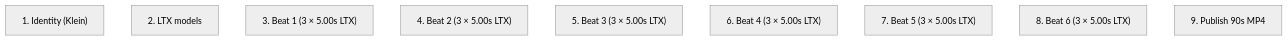
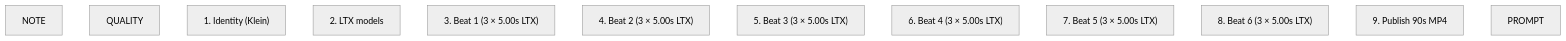
One commit to toxicoder/ez-comfy-stack changed the diagram in docs/generated/workflows/films/breakwater/act-01.md. Above: the diagram before and after it, drawn with Mermaid (neutral theme). The commit also changed other lines of this file and 1088 other files, not shown here.

````diff
--- a/docs/generated/workflows/films/breakwater/act-01.md
+++ b/docs/generated/workflows/films/breakwater/act-01.md
@@ -64,12 +64,15 @@
 ```mermaid
 flowchart TB
+  GNOTE["NOTE"]
+  GQUALITY["QUALITY"]
   G1__Identity__Klein_["1. Identity (Klein)"]
   G2__LTX_models["2. LTX models"]
   G3__Beat_1__3___5_00s_LTX_["3. Beat 1 (3 × 5.00s LTX)"]
   G4__Beat_2__3___5_00s_LTX_["4. Beat 2 (3 × 5.00s LTX)"]
   G5__Beat_3__3___5_00s_LTX_["5. Beat 3 (3 × 5.00s LTX)"]
   G6__Beat_4__3___5_00s_LTX_["6. Beat 4 (3 × 5.00s LTX)"]
   G7__Beat_5__3___5_00s_LTX_["7. Beat 5 (3 × 5.00s LTX)"]
   G8__Beat_6__3___5_00s_LTX_["8. Beat 6 (3 × 5.00s LTX)"]
   G9__Publish_90s_MP4["9. Publish 90s MP4"]
+  GPROMPT["PROMPT"]
 ```
````
